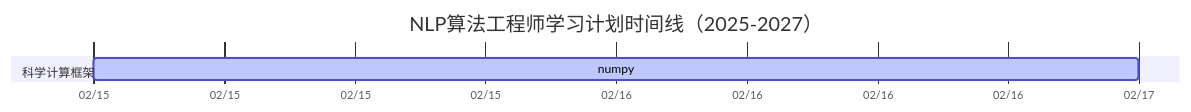
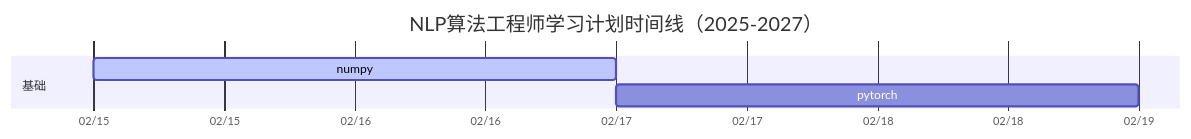
One commit to FLFoxMail/nlp changed the diagram in 01 NLP核心模型与算法/第一阶段学习计划.md. Above: the diagram before and after it, drawn with Mermaid. The commit also changed 1 other file, not shown here.

Commit message:
Update gantt chart for structured learning plan

````diff
--- a/01 NLP核心模型与算法/第一阶段学习计划.md
+++ b/01 NLP核心模型与算法/第一阶段学习计划.md
@@ -1,9 +1,10 @@
 ```mermaid
 gantt
     title NLP算法工程师学习计划时间线（2025-2027）
     dateFormat  YYYY-MM-DD
     axisFormat  %m/%d
 
-    section 科学计算框架
-    numpy :active,2025-02-15,  2d
+    section 基础
+    numpy :active, numpy, 2025-02-15,  2d
+    pytorch :after numpy,  2d
 ```
````
